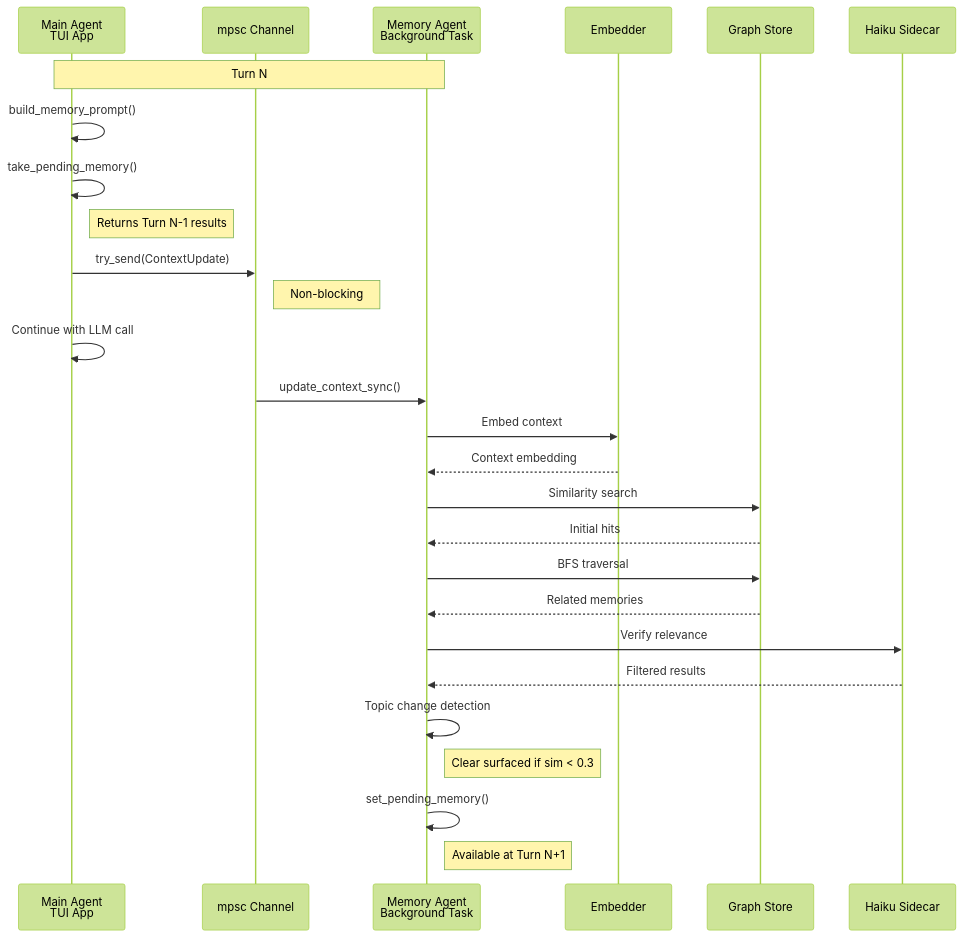
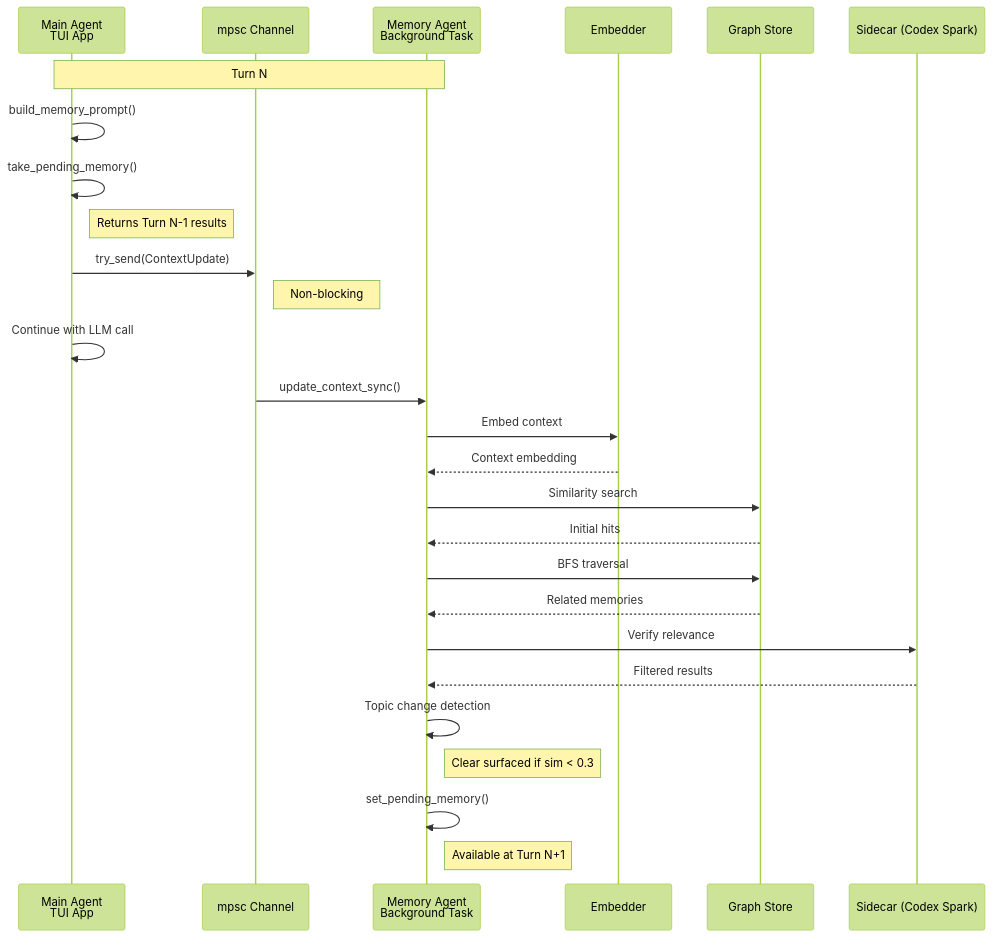
The seventh of 8 diagrams in docs/MEMORY_ARCHITECTURE.md (iamrohithrnair/minnal), drawn with Mermaid (forest theme) before and after one commit. The commit also changed other lines of this file and 12 other files, not shown here.

````diff
--- a/docs/MEMORY_ARCHITECTURE.md
+++ b/docs/MEMORY_ARCHITECTURE.md
@@ -618,40 +618,40 @@
 ```mermaid
 sequenceDiagram
     participant MA as Main Agent<br/>TUI App
     participant CH as mpsc Channel
     participant MEM as Memory Agent<br/>Background Task
     participant EMB as Embedder
     participant GR as Graph Store
-    participant HC as Haiku Sidecar
+    participant HC as Sidecar (Codex Spark)
 
     Note over MA,MEM: Turn N
 
     MA->>MA: build_memory_prompt()
     MA->>MA: take_pending_memory()
     Note right of MA: Returns Turn N-1 results
 
     MA->>CH: try_send(ContextUpdate)
     Note right of CH: Non-blocking
 
     MA->>MA: Continue with LLM call
 
     CH->>MEM: update_context_sync()
 
     MEM->>EMB: Embed context
     EMB-->>MEM: Context embedding
 
     MEM->>GR: Similarity search
     GR-->>MEM: Initial hits
 
     MEM->>GR: BFS traversal
     GR-->>MEM: Related memories
 
     MEM->>HC: Verify relevance
     HC-->>MEM: Filtered results
 
     MEM->>MEM: Topic change detection
     Note right of MEM: Clear surfaced if sim < 0.3
 
     MEM->>MEM: set_pending_memory()
     Note right of MEM: Available at Turn N+1
 ```
````
